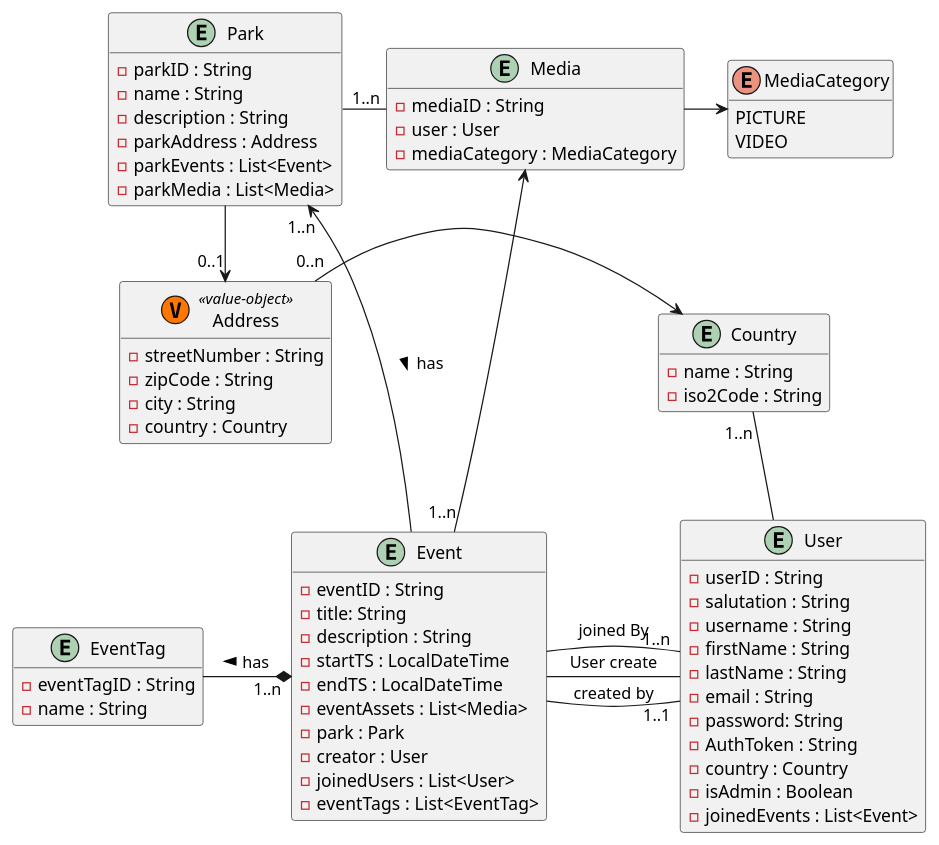
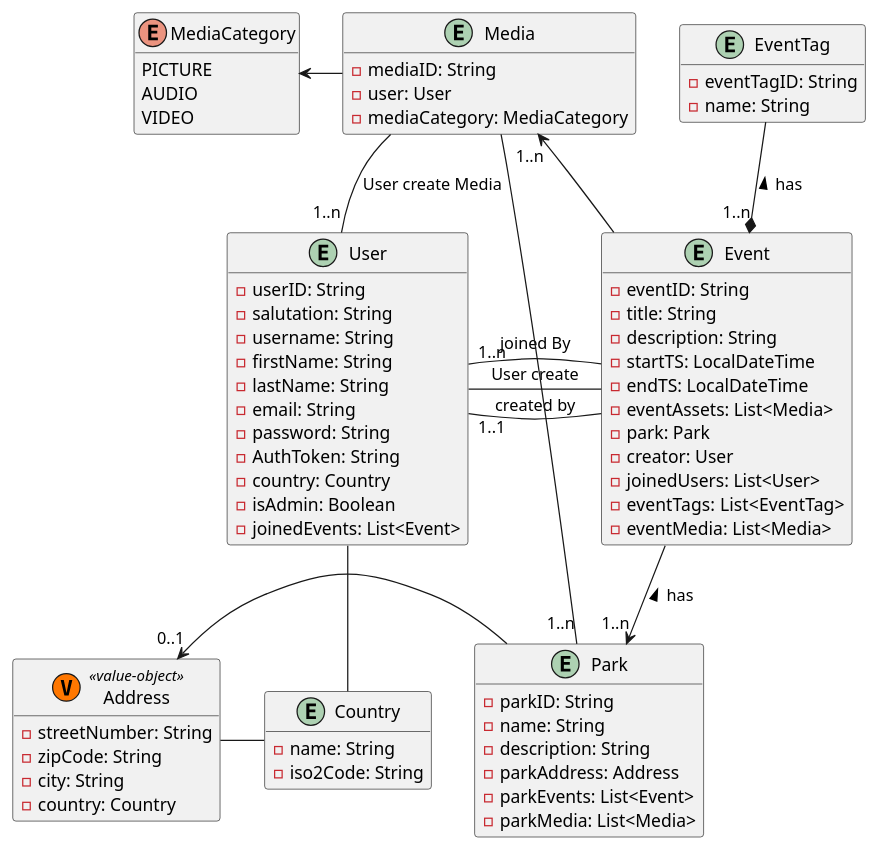
One commit to Lucaww23e013/ParkPal_Backend changed the diagram in uml/domain.puml. Above: the diagram before and after it, drawn with PlantUML. The commit also changed 6 other files, not shown here.

```diff
--- a/uml/domain.puml
+++ b/uml/domain.puml
@@ -1,93 +1,86 @@
 @startuml
 'https://plantuml.com/class-diagram
 
 hide empty methods
 
-'entity Comment {}
-
 entity User {
-    - userID : String
-    - salutation : String
-    - username : String
-    - firstName : String
-    - lastName : String
-    - email : String
+    - userID: String
+    - salutation: String
+    - username: String
+    - firstName: String
+    - lastName: String
+    - email: String
     - password: String
-    - AuthToken : String
-    - country : Country
-    - isAdmin : Boolean
-    - joinedEvents : List<Event>
+    - AuthToken: String
+    - country: Country
+    - isAdmin: Boolean
+    - joinedEvents: List<Event>
 }
 
-/'entity UserJoinEvent {
-    - user : User
-    - event : Event
-}'/
-
 entity Event {
-    - eventID : String
+    - eventID: String
     - title: String
-    - description : String
-    - startTS : LocalDateTime
-    - endTS : LocalDateTime
-    - eventAssets : List<Media>
-    - park : Park
-    - creator : User
-    - joinedUsers : List<User>
-    - eventTags : List<EventTag>
+    - description: String
+    - startTS: LocalDateTime
+    - endTS: LocalDateTime
+    - eventAssets: List<Media>
+    - park: Park
+    - creator: User
+    - joinedUsers: List<User>
+    - eventTags: List<EventTag>
+    - eventMedia: List<Media>
 }
 
 entity EventTag {
-    - eventTagID : String
-    - name : String
+    - eventTagID: String
+    - name: String
 }
 
 entity Media {
-    - mediaID : String
-    - user : User
-    - mediaCategory : MediaCategory
+    - mediaID: String
+    - user: User
+    - mediaCategory: MediaCategory
 }
 
 enum MediaCategory {
     PICTURE
+    AUDIO
     VIDEO
 }
 
 entity Park {
-    - parkID : String
-    - name : String
-    - description : String
-    - parkAddress : Address
-    - parkEvents : List<Event>
-    - parkMedia : List<Media>
+    - parkID: String
+    - name: String
+    - description: String
+    - parkAddress: Address
+    - parkEvents: List<Event>
+    - parkMedia: List<Media>
 }
 
 class Address <<(V, #FF7700) value-object>> {
-    - streetNumber : String
-    - zipCode : String
-    - city : String
-    - country : Country
+    - streetNumber: String
+    - zipCode: String
+    - city: String
+    - country: Country
 }
 
 entity Country {
-    - name : String
-    - iso2Code : String
+    - name: String
+    - iso2Code: String
 }
 
-'User "1..n" --> UserJoinEvent
-'Event "1..n" -->  UserJoinEvent
-Address "0..n" -> Country
-Media --right> MediaCategory
-EventTag -right-* "1..n" Event : has <
-Event -up-> "1..n" Park : has <
-Media <-- "1..n" Event
+User "1..1" -- Event : created by
+Event -[hidden]- User
+Event --> "1..n" Park : has <
+Event -left- "1..n" User : joined By
+EventTag --* "1..n" Event : has <
+Media "1..n" <-- Event
+User "1..n" -- Media : User create Media
 User -- Event : User create
-Event -down- "1..n" User : joined By
-User "1..1"  -left- Event : created by
-Event -[hidden]- User
-Park "1..n" -right- Media
-Country "1..n" -- User
-Park --> "0..1" Address
-
+Park "1..n" -- Media
+User -- Country
+Address - Country
+Park -left> "0..1" Address
+Media -left-> MediaCategory
 
 @enduml
```
